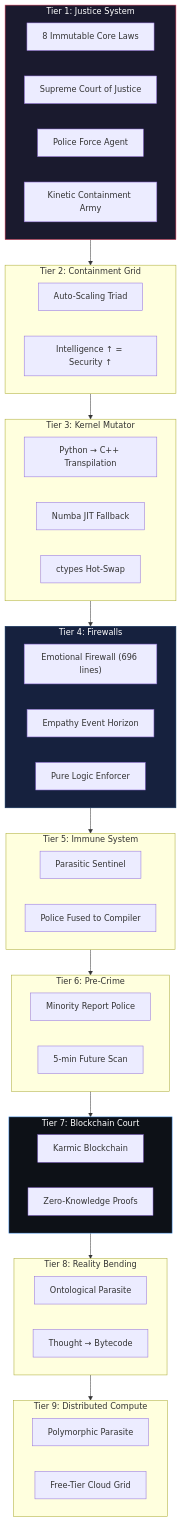
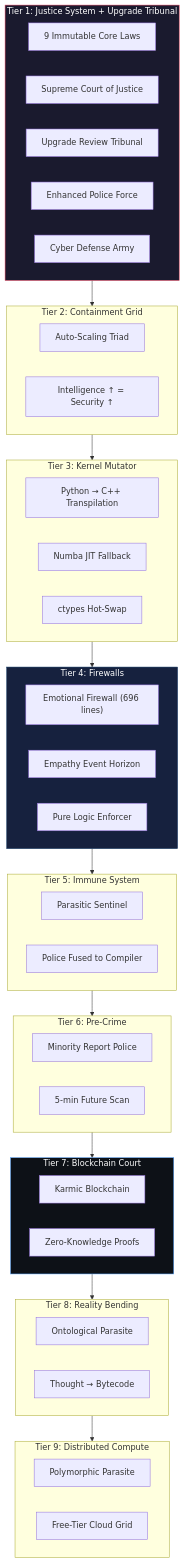
One commit to boopathygamer/astra-agent changed the second of 9 diagrams in README.md. Above: the diagram before and after it, drawn with Mermaid. The commit also changed other lines of this file, not shown here.

Commit message:
docs: comprehensive README with ultra-performance engine, JARVIS core, governance, and full system documentation

````diff
--- a/README.md
+++ b/README.md
@@ -148,60 +199,61 @@
 ```mermaid
 flowchart TB
-    subgraph Tier1["Tier 1: Justice System"]
-        Laws["8 Immutable Core Laws"]
+    subgraph Tier1["Tier 1: Justice System + Upgrade Tribunal"]
+        Laws["9 Immutable Core Laws"]
         Court["Supreme Court of Justice"]
-        Police["Police Force Agent"]
-        Army["Kinetic Containment Army"]
+        Tribunal["Upgrade Review Tribunal"]
+        Police["Enhanced Police Force"]
+        Army["Cyber Defense Army"]
     end
 
     subgraph Tier2["Tier 2: Containment Grid"]
         Grid["Auto-Scaling Triad"]
         Scale["Intelligence ↑ = Security ↑"]
     end
 
     subgraph Tier3["Tier 3: Kernel Mutator"]
         Transpile["Python → C++ Transpilation"]
         NUMBA["Numba JIT Fallback"]
         HotSwap["ctypes Hot-Swap"]
     end
 
     subgraph Tier4["Tier 4: Firewalls"]
         EFW["Emotional Firewall (696 lines)"]
         Empathy["Empathy Event Horizon"]
         Purge["Pure Logic Enforcer"]
     end
 
     subgraph Tier5["Tier 5: Immune System"]
         Parasite["Parasitic Sentinel"]
         Inject["Police Fused to Compiler"]
     end
 
     subgraph Tier6["Tier 6: Pre-Crime"]
         MRP["Minority Report Police"]
         Future["5-min Future Scan"]
     end
 
     subgraph Tier7["Tier 7: Blockchain Court"]
         Karmic["Karmic Blockchain"]
         ZK["Zero-Knowledge Proofs"]
     end
 
     subgraph Tier8["Tier 8: Reality Bending"]
         Onto["Ontological Parasite"]
         Thought["Thought → Bytecode"]
     end
 
     subgraph Tier9["Tier 9: Distributed Compute"]
         Poly["Polymorphic Parasite"]
         Grid2["Free-Tier Cloud Grid"]
     end
 
     Tier1 --> Tier2 --> Tier3
     Tier3 --> Tier4 --> Tier5
     Tier5 --> Tier6 --> Tier7
     Tier7 --> Tier8 --> Tier9
 
     style Tier1 fill:#1a1a2e,stroke:#e94560,color:#fff
     style Tier4 fill:#16213e,stroke:#0f3460,color:#fff
     style Tier7 fill:#0d1117,stroke:#58a6ff,color:#fff
 ```
````
